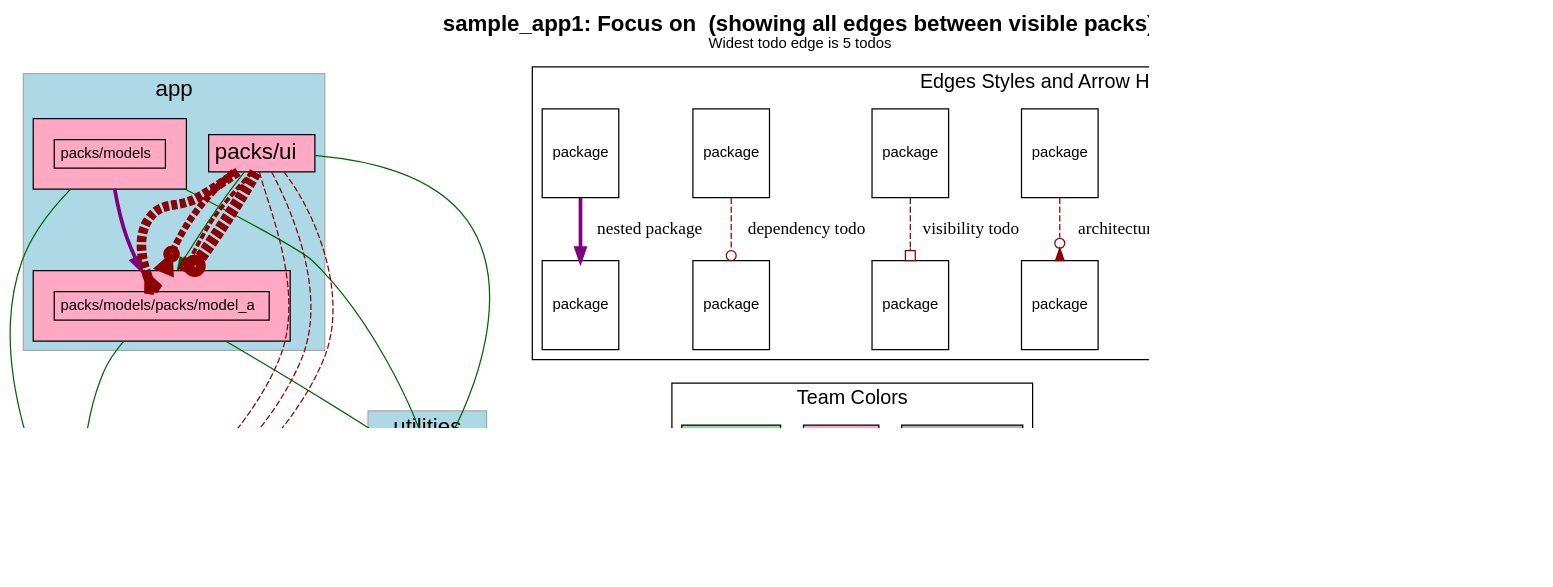
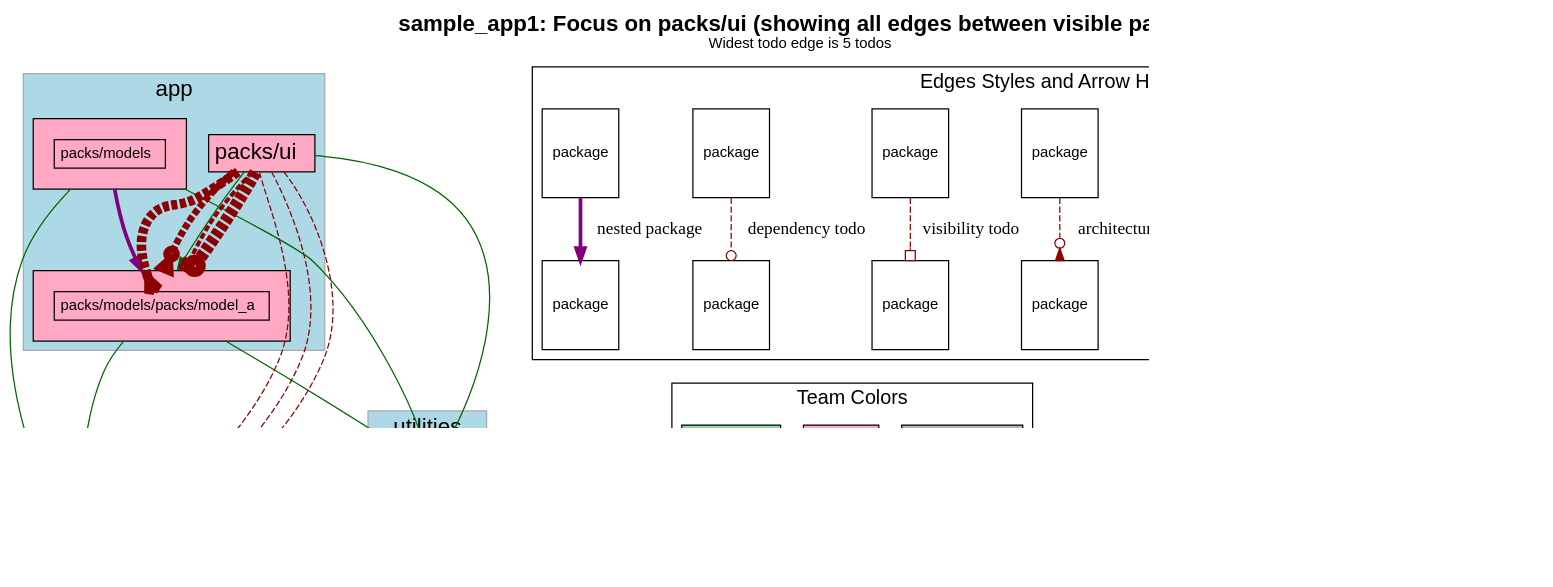
Before and after one commit to rubyatscale/visualize_packs: the diagram in spec/sample_app1/test_output/focussed_on_packs_ui.dot, drawn with Graphviz. The commit also changed 3 other files, not shown here.

```diff
--- a/spec/sample_app1/test_output/focussed_on_packs_ui.dot
+++ b/spec/sample_app1/test_output/focussed_on_packs_ui.dot
@@ -5,7 +5,7 @@
     fontname="Helvetica,Arial,sans-serif"
     dpi=100
     layout=dot
-    label=<<b>sample_app1: Focus on  (showing all edges between visible packs)</b><br/><font point-size='12'>Widest todo edge is 5 todos</font>>
+    label=<<b>sample_app1: Focus on packs/ui (showing all edges between visible packs)</b><br/><font point-size='12'>Widest todo edge is 5 todos</font>>
     fontsize=18
   ]
   node [
```
